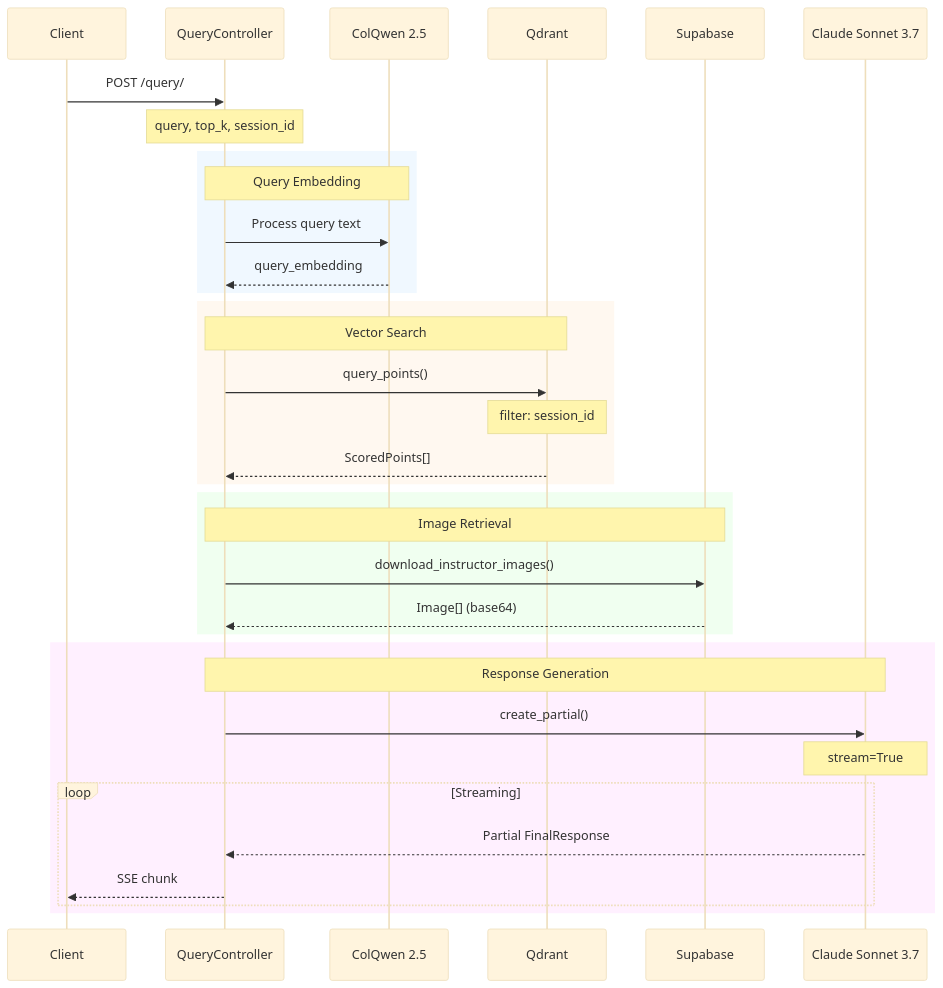
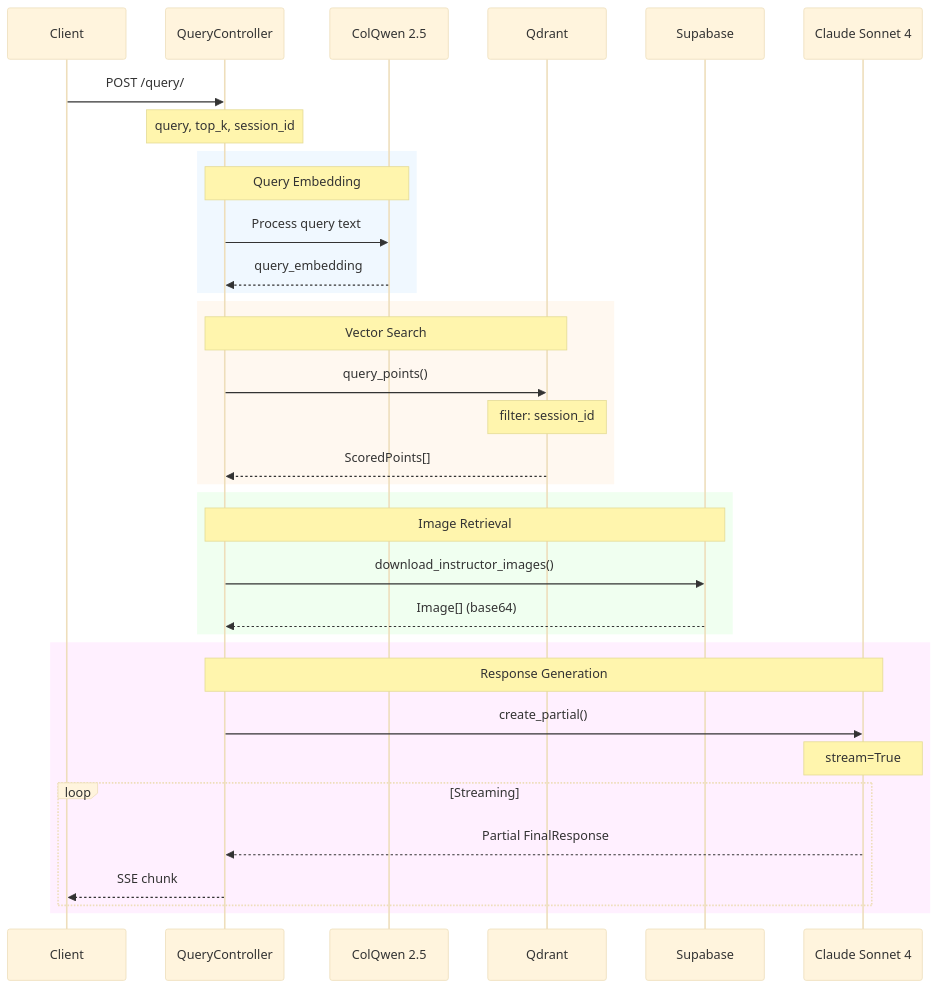
Before and after one commit to akosgintl/colpali-rag-app: the sixth of 14 diagrams in docs/data-flow.md, drawn with Mermaid (base theme). The commit also changed 42 other files, not shown here.

````diff
--- a/docs/data-flow.md
+++ b/docs/data-flow.md
@@ -167,41 +167,41 @@
 ```mermaid
 sequenceDiagram
     participant Client
     participant Controller as QueryController
     participant ColQwen as ColQwen 2.5
     participant Qdrant
     participant Supabase
-    participant Claude as Claude Sonnet 3.7
+    participant Claude as Claude Sonnet 4
 
     Client->>Controller: POST /query/
     Note over Controller: query, top_k, session_id
 
     rect rgb(240, 248, 255)
         Note over Controller,ColQwen: Query Embedding
         Controller->>ColQwen: Process query text
         ColQwen-->>Controller: query_embedding
     end
 
     rect rgb(255, 248, 240)
         Note over Controller,Qdrant: Vector Search
         Controller->>Qdrant: query_points()
         Note over Qdrant: filter: session_id
         Qdrant-->>Controller: ScoredPoints[]
     end
 
     rect rgb(240, 255, 240)
         Note over Controller,Supabase: Image Retrieval
         Controller->>Supabase: download_instructor_images()
         Supabase-->>Controller: Image[] (base64)
     end
 
     rect rgb(255, 240, 255)
         Note over Controller,Claude: Response Generation
         Controller->>Claude: create_partial()
         Note over Claude: stream=True
         loop Streaming
             Claude-->>Controller: Partial FinalResponse
             Controller-->>Client: SSE chunk
         end
     end
 ```
````
